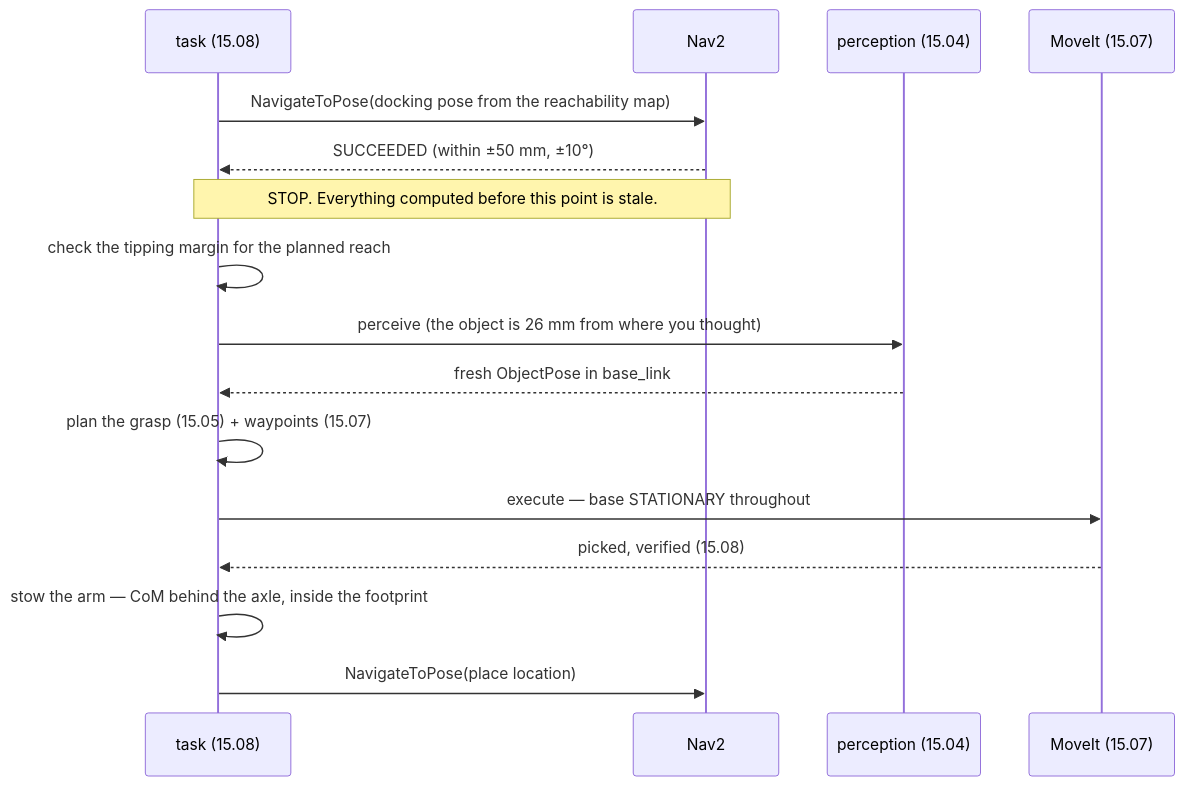
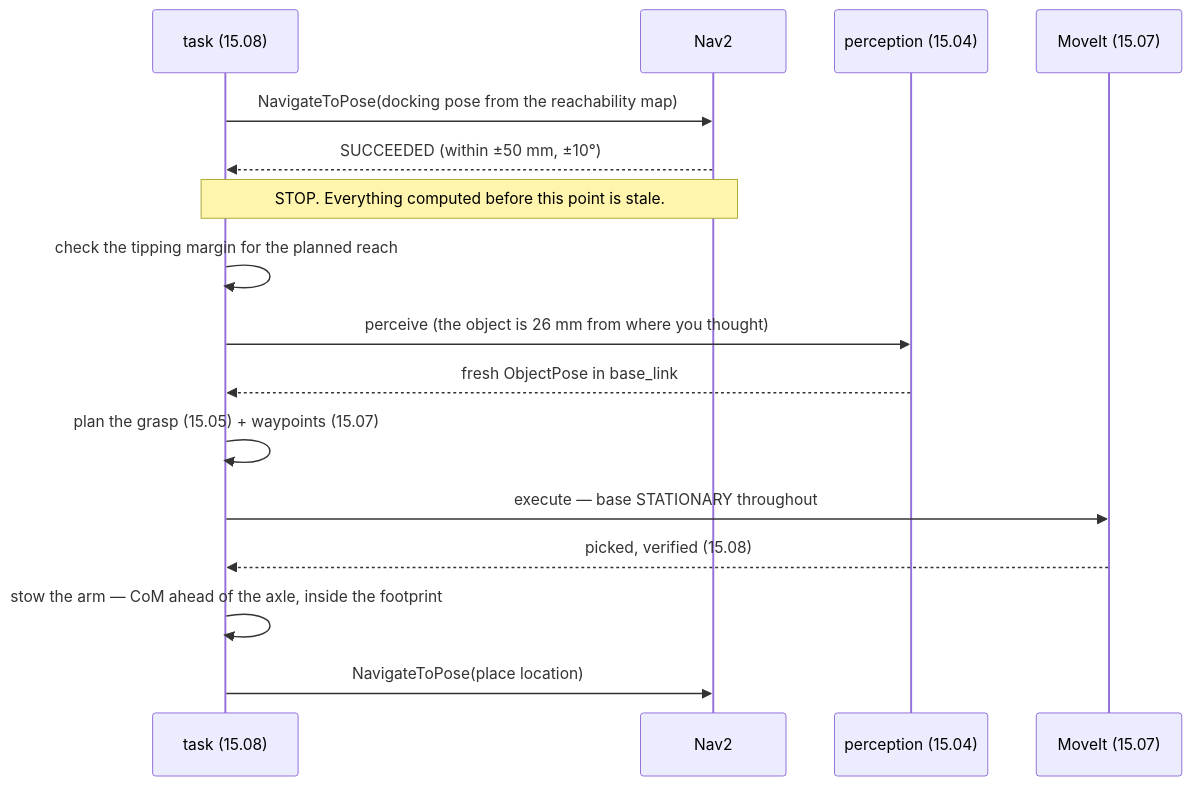
The diagram in 15-manipulation/15.10-mobile-manipulation.md (tal-giladi/robotics-course), drawn with Mermaid before and after one commit. The commit also changed other lines of this file and 55 other files, not shown here.

````diff
--- a/15-manipulation/15.10-mobile-manipulation.md
+++ b/15-manipulation/15.10-mobile-manipulation.md
@@ -342,18 +378,18 @@
 ```mermaid
 sequenceDiagram
     participant T as task (15.08)
     participant N as Nav2
     participant P as perception (15.04)
     participant M as MoveIt (15.07)
     T->>N: NavigateToPose(docking pose from the reachability map)
     N-->>T: SUCCEEDED (within ±50 mm, ±10°)
     Note over T,N: STOP. Everything computed before this point is stale.
     T->>T: check the tipping margin for the planned reach
     T->>P: perceive (the object is 26 mm from where you thought)
     P-->>T: fresh ObjectPose in base_link
     T->>T: plan the grasp (15.05) + waypoints (15.07)
     T->>M: execute — base STATIONARY throughout
     M-->>T: picked, verified (15.08)
-    T->>T: stow the arm — CoM behind the axle, inside the footprint
+    T->>T: stow the arm — CoM ahead of the axle, inside the footprint
     T->>N: NavigateToPose(place location)
 ```
````
